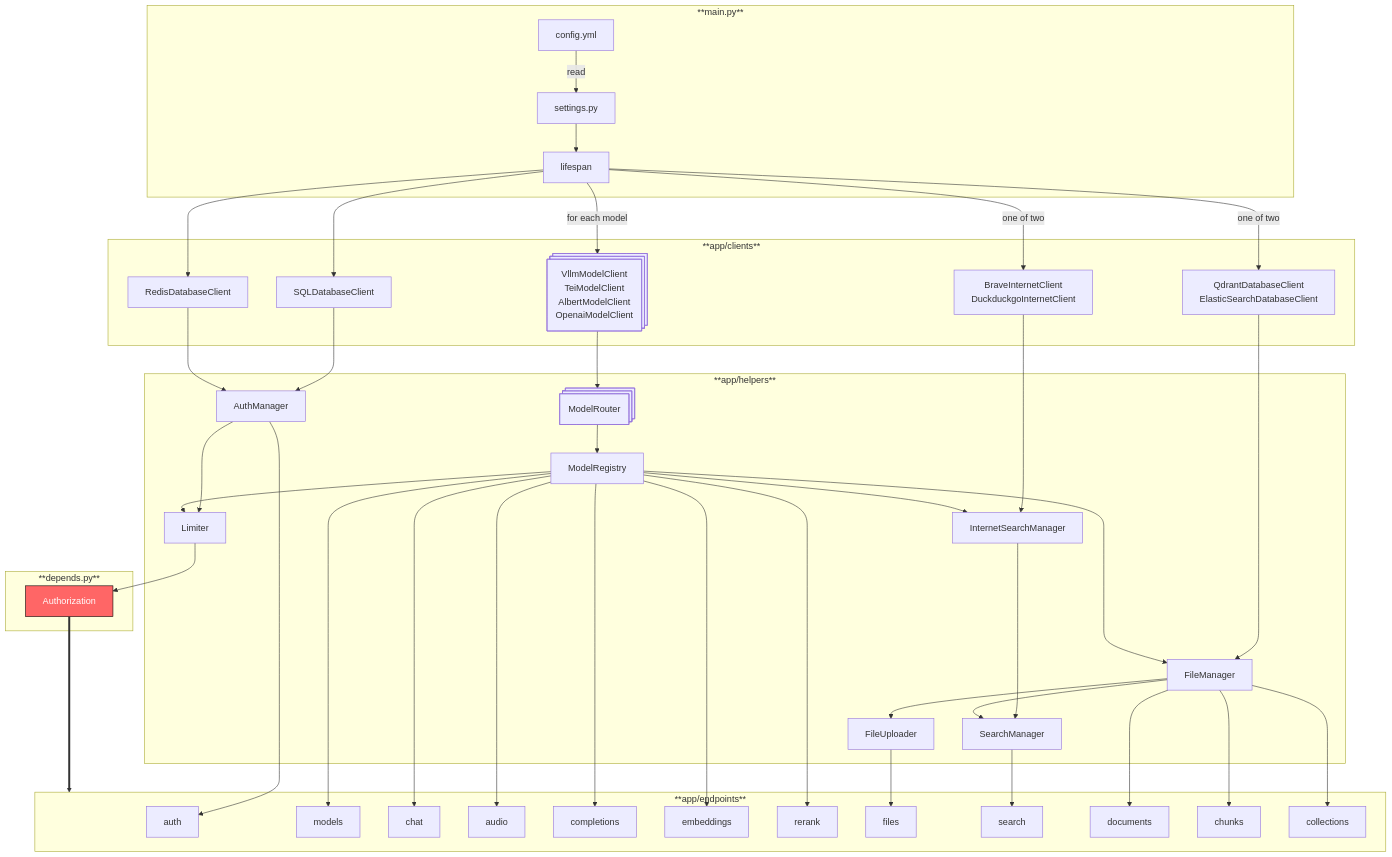
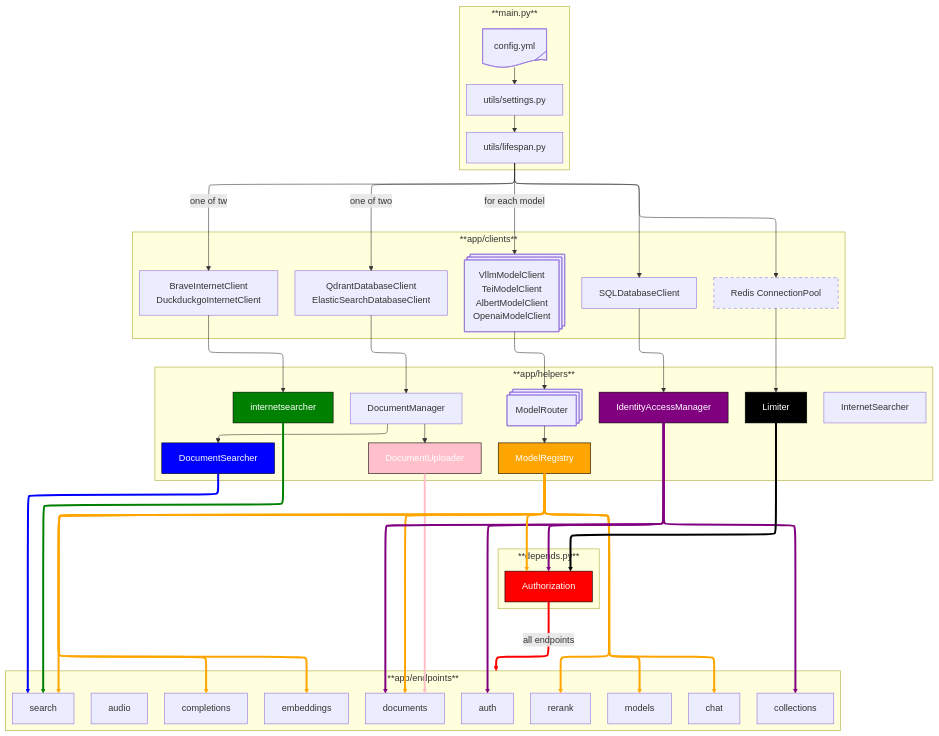
The diagram in docs/architecture.md (etalab-ia/albert-api), drawn with Mermaid before and after one commit. The commit also changed 22 other files, not shown here.

````diff
--- a/docs/architecture.md
+++ b/docs/architecture.md
@@ -3,57 +3,127 @@
 ```mermaid  
+---
+config:
+  layout: elk
+  elk:
+    mergeEdges: true
+
+---
 flowchart TD
+    config@{ shape: tag-doc, label: "config.yml" }
+    
     subgraph **main.py**
-    config[config.yml] -->|read| settings[settings.py]
-    settings --> lifespan[lifespan]
+    settings[utils/settings.py]
+    lifespan[utils/lifespan.py]
+
+    config --> settings
+    settings --> lifespan
     end
 
     subgraph **app/clients**
-    lifespan --> redisclient[RedisDatabaseClient]
-    lifespan --> sqlclient[SQLDatabaseClient]
-    lifespan -->|one of two| searchclient[QdrantDatabaseClient<br>ElasticSearchDatabaseClient]
-    lifespan -->|one of two| internetclient[BraveInternetClient<br>DuckduckgoInternetClient]
-    lifespan -->|for each model| modelclient@{ shape: processes, label: "VllmModelClient<br>TeiModelClient<br>AlbertModelClient<br>OpenaiModelClient" }
+    redisclient[Redis ConnectionPool]
+    sqlclient[SQLDatabaseClient]
+    searchclient[QdrantDatabaseClient<br>ElasticSearchDatabaseClient]
+    internetclient[BraveInternetClient<br>DuckduckgoInternetClient]
+    modelclient@{ shape: processes, label: "VllmModelClient<br>TeiModelClient<br>AlbertModelClient<br>OpenaiModelClient" }
+    
+    lifespan --> redisclient
+    lifespan --> sqlclient
+    lifespan -- one of two --> searchclient
+    lifespan -- one of two--> internetclient
+    lifespan -- for each model --> modelclient
+
+    style redisclient stroke-dasharray: 5 5
     end
     
     subgraph **app/helpers**
-    internetclient --> internetsearchmanager[InternetSearchManager]
-    internetsearchmanager --> searchmanager[SearchManager]
-    authmanager --> limiter[Limiter]
-    modelclient --> modelrouter@{ shape: processes, label: "ModelRouter" }
-    modelrouter --> modelregistry[ModelRegistry]
-    sqlclient --> authmanager[AuthManager]
-    redisclient --> authmanager
+    iternetsearcher[InternetSearcher]
+    documentsearcher[DocumentSearcher]
+    modelrouter@{ shape: processes, label: "ModelRouter" }
+    modelregistry[ModelRegistry]
+    identityaccessmanager[IdentityAccessManager]
+    documentmanager[DocumentManager]
+    documentuploader[DocumentUploader]
+    limiter[Limiter]
+
+    internetclient --> internetsearcher
+    modelclient --> modelrouter
+    modelrouter --> modelregistry
+    sqlclient --> identityaccessmanager
  
-    searchclient --> filemanager[FileManager]
-    filemanager --> fileuploader[FileUploader]
-    filemanager --> searchmanager
+    searchclient --> documentmanager
+   
+    documentmanager --> documentsearcher
+    documentmanager --> documentuploader
+    redisclient --> limiter
 
-    modelregistry --> limiter
-    modelregistry ----> filemanager
-    modelregistry --> internetsearchmanager
+    style internetsearcher fill:green,stroke:#000,stroke-width:1px,color:#fff
+    style documentsearcher fill:blue,stroke:#000,stroke-width:1px,color:#fff
+    style documentuploader fill:pink,stroke:#000,stroke-width:1px,color:#fff
+    style modelregistry fill:orange,stroke:#000,stroke-width:1px,color:#fff
+    style identityaccessmanager fill:purple,stroke:#000,stroke-width:1px,color:#fff
+    style limiter fill:black,stroke:#000,stroke-width:1px,color:#fff
     end
 
     subgraph **app/endpoints**
-    authmanager --> authendpoints[auth]
+    documentsendpoints[documents]
+    searchendpoints[search]
+    modelsendpoints[models]
+    chatendpoints[chat]
+    audioendpoints[audio]
+    completionsendpoint[completions]
+    embeddingsendpoints[embeddings]
+    rerankendpoints[rerank]
+    collectionsendpoints[collections]
+    authendpoints[auth]
 
-    modelregistry --> modelsendpoints[models]
-    modelregistry --> chatendpoints[chat]
-    modelregistry --> audioendpoints[audio]
-    modelregistry --> completionsendpoint[completions]
-    modelregistry --> embeddingsendpoints[embeddings]
-    modelregistry --> rerankendpoints[rerank]
+    documentuploader ==> documentsendpoints
 
-    fileuploader --> filesendpoints[files]
-    searchmanager --> searchendpoints[search]
-    filemanager --> documentsendpoints[documents]
-    filemanager --> chunksendpoints[chunks]
-    filemanager --> collectionsendpoints[collections]
+    modelregistry ==> modelsendpoints
+    modelregistry ==> chatendpoints
+    modelregistry ==> completionsendpoint
+    modelregistry ==> embeddingsendpoints
+    modelregistry ==> rerankendpoints
+    modelregistry ==> searchendpoints
+    modelregistry ==> documentsendpoints
+ 
+    internetsearcher ==> searchendpoints
+    documentsearcher ==> searchendpoints
+
+    identityaccessmanager ==> authendpoints
+    identityaccessmanager ==> collectionsendpoints
+    identityaccessmanager ==> documentsendpoints
+
+
+    linkStyle 15 stroke: pink
+    linkStyle 16 stroke: orange
+    linkStyle 17 stroke: orange
+    linkStyle 18 stroke: orange
+    linkStyle 19 stroke: orange
+    linkStyle 20 stroke: orange
+    linkStyle 21 stroke: orange
+    linkStyle 22 stroke: orange
+    linkStyle 23 stroke: green
+    linkStyle 24 stroke: blue
+    linkStyle 25 stroke: purple
+    linkStyle 26 stroke: purple
+    linkStyle 27 stroke: purple
+    end
+    
+    subgraph **depends.py**
+    authorization[Authorization]
+
+    limiter ====> authorization
+    identityaccessmanager ===> authorization
+    modelregistry ===> authorization
+
+    style authorization fill:red,stroke:#000,stroke-width:1px,color:#fff
+    linkStyle 28 stroke: black
+    linkStyle 29 stroke: purple
+    linkStyle 30 stroke: orange
     end
 
-    subgraph **depends.py**
-    style ratelimit fill:#f66,stroke:#000,stroke-width:1px,color:#fff
-    limiter --> ratelimit[Authorization]
-    end
+    authorization ==all endpoints==> **app/endpoints**
+    linkStyle 31 stroke: red
 
-    ratelimit ===> **app/endpoints**
+
 ```
````
